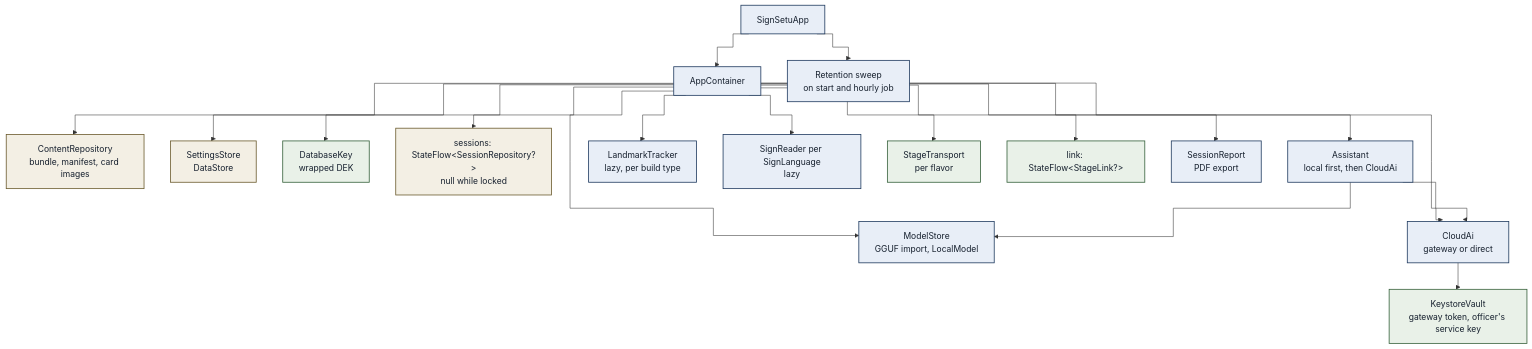
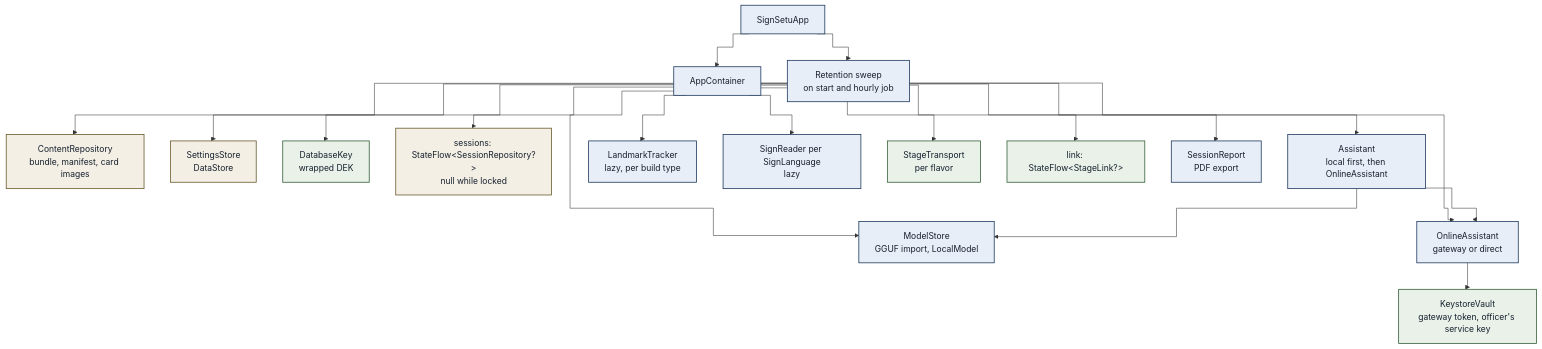
Before and after one commit to CiValidator/SScivalidator: the second of 16 diagrams in docs/02-architecture.md, drawn with Mermaid. The commit also changed other lines of this file and 44 other files, not shown here.

````diff
--- a/docs/02-architecture.md
+++ b/docs/02-architecture.md
@@ -83,24 +83,24 @@
 ```mermaid
 %%{init: {"flowchart": {"curve": "step"}}}%%
 flowchart TB
     APPL["SignSetuApp"]:::comp --> C["AppContainer"]:::comp
     C --> CR["ContentRepository<br/>bundle, manifest, card images"]:::data
     C --> SS["SettingsStore<br/>DataStore"]:::data
     C --> DK["DatabaseKey<br/>wrapped DEK"]:::sec
     C --> SR["sessions: StateFlow&lt;SessionRepository?&gt;<br/>null while locked"]:::data
     C --> MS["ModelStore<br/>GGUF import, LocalModel"]:::comp
-    C --> CA["CloudAi<br/>gateway or direct"]:::comp
-    C --> AS["Assistant<br/>local first, then CloudAi"]:::comp
+    C --> CA["OnlineAssistant<br/>gateway or direct"]:::comp
+    C --> AS["Assistant<br/>local first, then OnlineAssistant"]:::comp
     C --> LT["LandmarkTracker<br/>lazy, per build type"]:::comp
     C --> RD["SignReader per SignLanguage<br/>lazy"]:::comp
     C --> PT["StageTransport<br/>per flavor"]:::sec
     C --> LK["link: StateFlow&lt;StageLink?&gt;"]:::sec
     C --> REP["SessionReport<br/>PDF export"]:::comp
     APPL --> RW["Retention sweep<br/>on start and hourly job"]:::comp
     CA --> TV["KeystoreVault<br/>gateway token, officer's service key"]:::sec
     AS --> MS
     AS --> CA
     classDef comp fill:#e8eef7,stroke:#1f3a5f,stroke-width:1.5px,color:#16202e
     classDef data fill:#f3efe4,stroke:#6b5b2e,stroke-width:1.5px,color:#16202e
     classDef sec fill:#e9f1e8,stroke:#35603a,stroke-width:1.5px,color:#16202e
 ```
````
